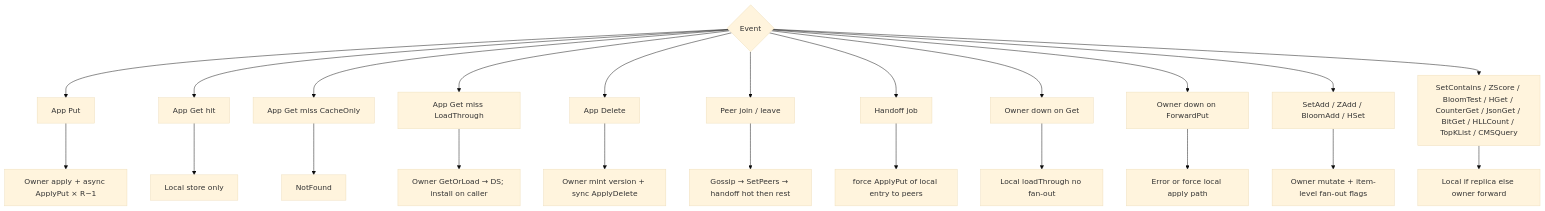
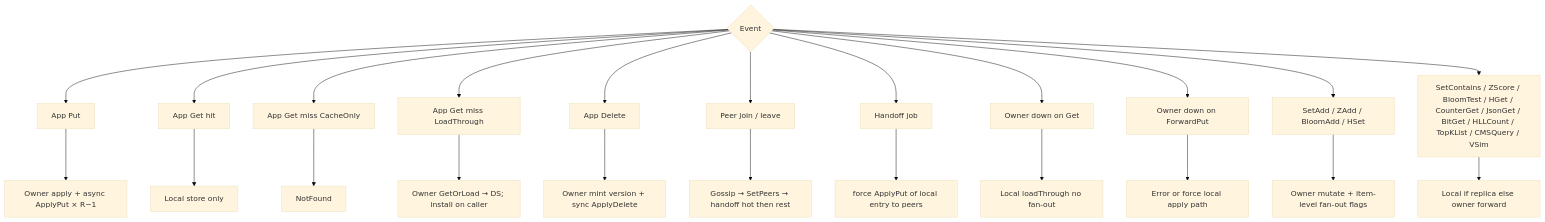
Before and after one commit to Code0987/supercache: diagram 18 of 18 in docs/CLUSTER_FLOWS.md, drawn with Mermaid (base theme). The commit also changed other lines of this file and 41 other files, not shown here.

First line of the commit message:
feat: add ModeVectorSet (VAdd / VSim / VRem)

````diff
--- a/docs/CLUSTER_FLOWS.md
+++ b/docs/CLUSTER_FLOWS.md
@@ -404,26 +405,26 @@
 ```mermaid
 flowchart TD
   E{"Event"} --> E1["App Put"]
   E --> E2["App Get hit"]
   E --> E3["App Get miss CacheOnly"]
   E --> E4["App Get miss LoadThrough"]
   E --> E5["App Delete"]
   E --> E6["Peer join / leave"]
   E --> E7["Handoff job"]
   E --> E8["Owner down on Get"]
   E --> E9["Owner down on ForwardPut"]
   E --> E10["SetAdd / ZAdd / BloomAdd / HSet"]
-  E --> E11["SetContains / ZScore / BloomTest / HGet / CounterGet / JsonGet / BitGet / HLLCount / TopKList / CMSQuery"]
+  E --> E11["SetContains / ZScore / BloomTest / HGet / CounterGet / JsonGet / BitGet / HLLCount / TopKList / CMSQuery / VSim"]
 
   E1 --> A1["Owner apply + async ApplyPut × R−1"]
   E2 --> A2["Local store only"]
   E3 --> A3["NotFound"]
   E4 --> A4["Owner GetOrLoad → DS; install on caller"]
   E5 --> A5["Owner mint version + sync ApplyDelete"]
   E6 --> A6["Gossip → SetPeers → handoff hot then rest"]
   E7 --> A7["force ApplyPut of local entry to peers"]
   E8 --> A8["Local loadThrough no fan-out"]
   E9 --> A9["Error or force local apply path"]
   E10 --> A10["Owner mutate + item-level fan-out flags"]
   E11 --> A11["Local if replica else owner forward"]
 ```
````
